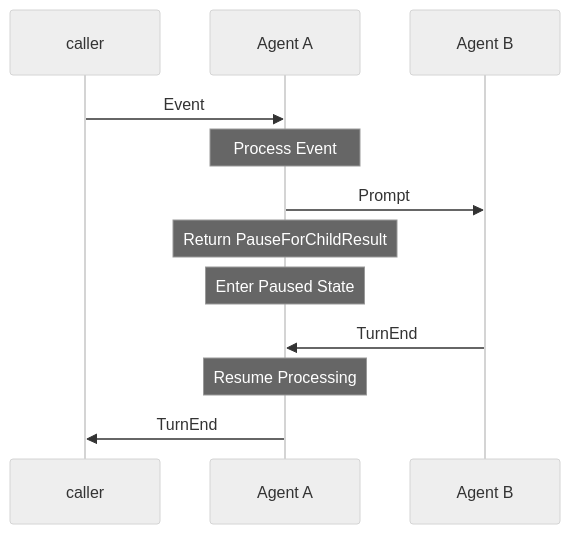
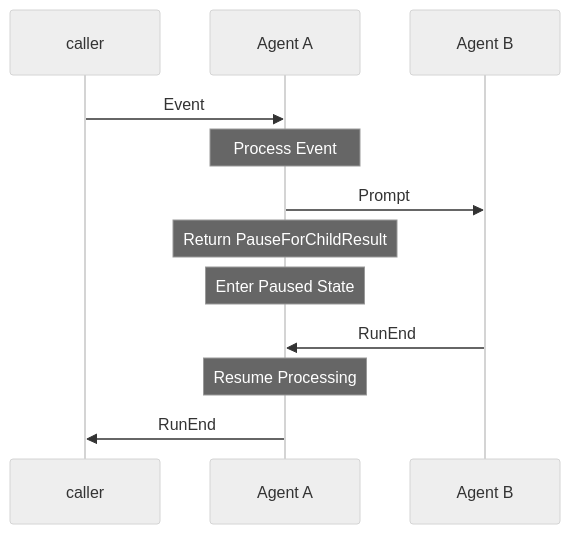
Before and after one commit to supercog-ai/agentic: the first of 3 diagrams in docs/Internals.md, drawn with Mermaid (neutral theme). The commit also changed other lines of this file and 39 other files, not shown here.

Commit message:
renamed all turn relevant instances to run

````diff
--- a/docs/Internals.md
+++ b/docs/Internals.md
@@ -89,17 +89,17 @@
 ```mermaid
 %% Case 1: Normal Sub-Agent Call with PauseForChildResult
 sequenceDiagram
     participant caller
     participant Agent A
     participant Agent B
     
     caller->>Agent A: Event
     Note over Agent A: Process Event
     Agent A->>Agent B: Prompt
     Note over Agent A: Return PauseForChildResult
     Note over Agent A: Enter Paused State
-    Agent B->>Agent A: TurnEnd
+    Agent B->>Agent A: RunEnd
     Note over Agent A: Resume Processing
-    Agent A->>caller: TurnEnd
+    Agent A->>caller: RunEnd
 
 ```
````
